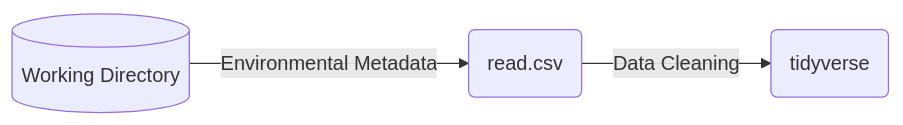
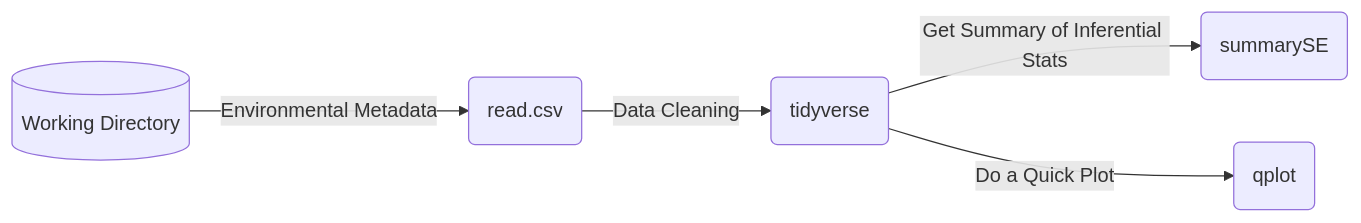
Before and after one commit to aptejada/Mermaid-Markdown-Practice-File: the second of 2 diagrams in README.md, drawn with Mermaid.

````diff
--- a/README.md
+++ b/README.md
@@ -26,5 +26,8 @@
 ```mermaid
 flowchart LR
 id1[(Working Directory)] --> |Environmental Metadata| B(read.csv)
 B --> |Data Cleaning| C(tidyverse)
+C --> |Get Summary of Inferential Stats| D(summarySE)
+C--> |Do a Quick Plot| E(qplot)
+
 ```
````
